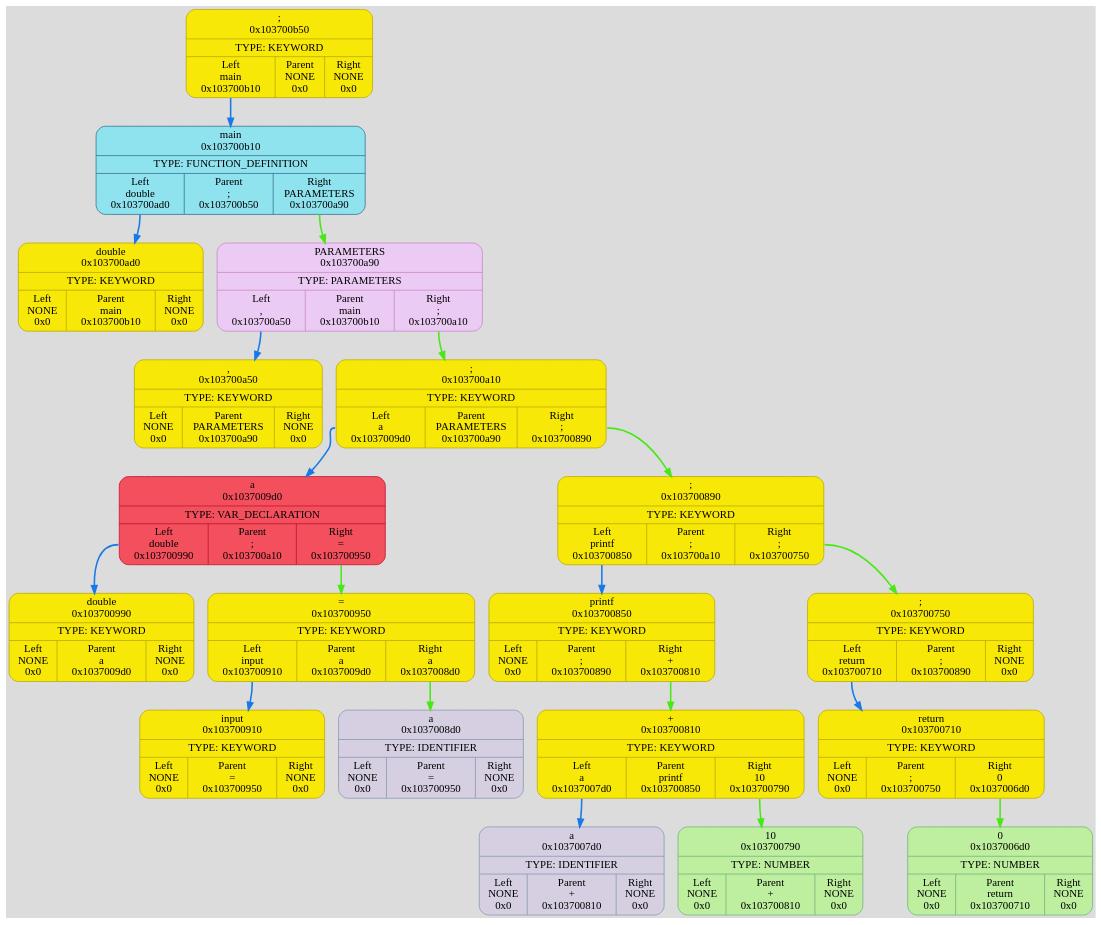
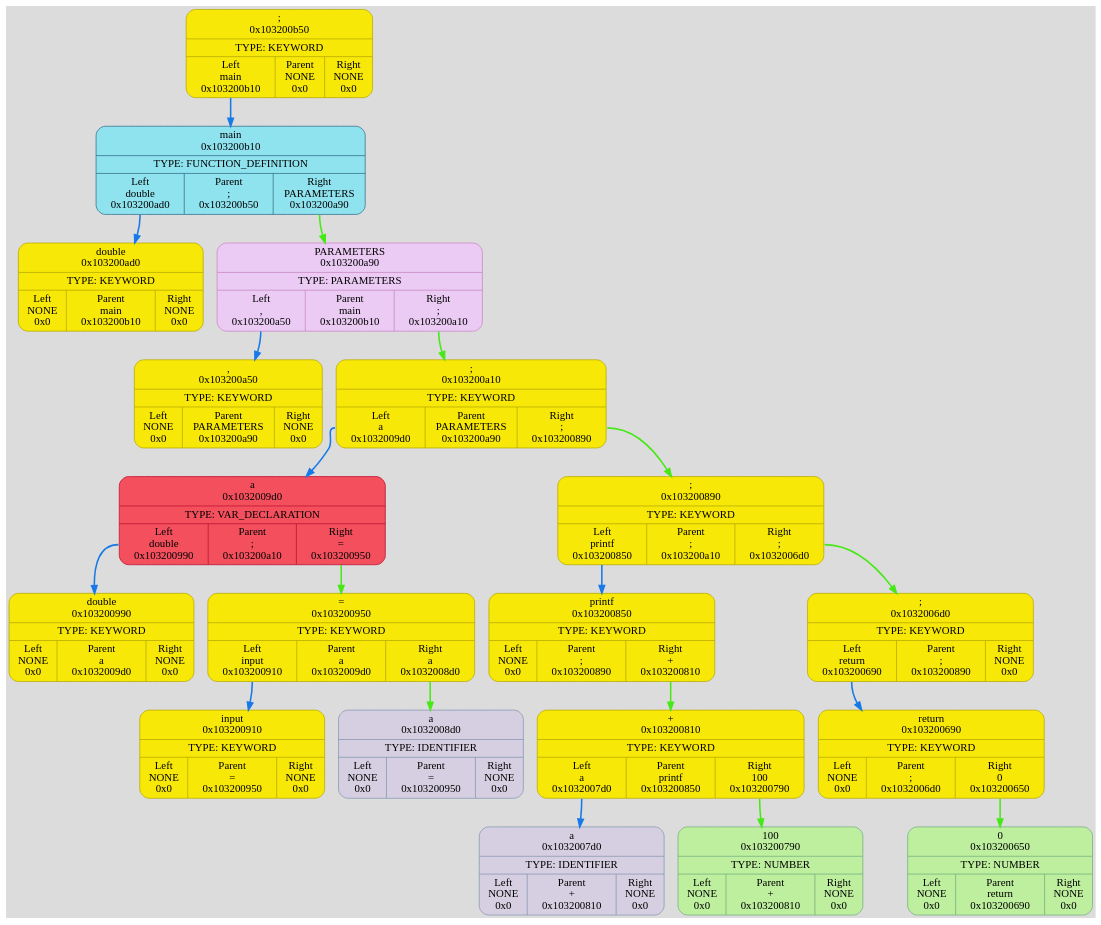
The diagram in Middleware/dump/graph.dot (TolikRogov/Language), drawn with Graphviz before and after one commit. The commit also changed 16 other files, not shown here.

```diff
--- a/Middleware/dump/graph.dot
+++ b/Middleware/dump/graph.dot
@@ -1,42 +1,42 @@
 digraph {
 	fontname = "UbuntuMono";
 	bgcolor = "#DCDCDC";
 
-	node0x103700b50 [ shape = Mrecord; style = filled; fillcolor = "#F8E807"; color = "#B6AA05"; fontcolor = "#000000"; label = " { ;\n0x103700b50 | TYPE: KEYWORD| { <left> Left\nmain\n0x103700b10 | Parent\nNONE\n0x0 | <right> Right\nNONE\n0x0 } } "; ];
-	node0x103700b50:<left> -> node0x103700b10 [ style = "bold"; color = "#187AE8"; label = ""; ];
-	node0x103700b10 [ shape = Mrecord; style = filled; fillcolor = "#8EE3EF"; color = "#37718E"; fontcolor = "#000000"; label = " { main\n0x103700b10 | TYPE: FUNCTION_DEFINITION| { <left> Left\ndouble\n0x103700ad0 | Parent\n;\n0x103700b50 | <right> Right\nPARAMETERS\n0x103700a90 } } "; ];
-	node0x103700b10:<left> -> node0x103700ad0 [ style = "bold"; color = "#187AE8"; label = ""; ];
-	node0x103700ad0 [ shape = Mrecord; style = filled; fillcolor = "#F8E807"; color = "#B6AA05"; fontcolor = "#000000"; label = " { double\n0x103700ad0 | TYPE: KEYWORD| { <left> Left\nNONE\n0x0 | Parent\nmain\n0x103700b10 | <right> Right\nNONE\n0x0 } } "; ];
-	node0x103700a90 [ shape = Mrecord; style = filled; fillcolor = "#EBCBF4"; color = "#C986C3"; fontcolor = "#000000"; label = " { PARAMETERS\n0x103700a90 | TYPE: PARAMETERS| { <left> Left\n,\n0x103700a50 | Parent\nmain\n0x103700b10 | <right> Right\n;\n0x103700a10 } } "; ];
-	node0x103700a90:<left> -> node0x103700a50 [ style = "bold"; color = "#187AE8"; label = ""; ];
-	node0x103700a50 [ shape = Mrecord; style = filled; fillcolor = "#F8E807"; color = "#B6AA05"; fontcolor = "#000000"; label = " { ,\n0x103700a50 | TYPE: KEYWORD| { <left> Left\nNONE\n0x0 | Parent\nPARAMETERS\n0x103700a90 | <right> Right\nNONE\n0x0 } } "; ];
-	node0x103700a10 [ shape = Mrecord; style = filled; fillcolor = "#F8E807"; color = "#B6AA05"; fontcolor = "#000000"; label = " { ;\n0x103700a10 | TYPE: KEYWORD| { <left> Left\na\n0x1037009d0 | Parent\nPARAMETERS\n0x103700a90 | <right> Right\n;\n0x103700890 } } "; ];
-	node0x103700a10:<left> -> node0x1037009d0 [ style = "bold"; color = "#187AE8"; label = ""; ];
-	node0x1037009d0 [ shape = Mrecord; style = filled; fillcolor = "#F34F5D"; color = "#BD132F"; fontcolor = "#000000"; label = " { a\n0x1037009d0 | TYPE: VAR_DECLARATION| { <left> Left\ndouble\n0x103700990 | Parent\n;\n0x103700a10 | <right> Right\n=\n0x103700950 } } "; ];
-	node0x1037009d0:<left> -> node0x103700990 [ style = "bold"; color = "#187AE8"; label = ""; ];
-	node0x103700990 [ shape = Mrecord; style = filled; fillcolor = "#F8E807"; color = "#B6AA05"; fontcolor = "#000000"; label = " { double\n0x103700990 | TYPE: KEYWORD| { <left> Left\nNONE\n0x0 | Parent\na\n0x1037009d0 | <right> Right\nNONE\n0x0 } } "; ];
-	node0x103700950 [ shape = Mrecord; style = filled; fillcolor = "#F8E807"; color = "#B6AA05"; fontcolor = "#000000"; label = " { =\n0x103700950 | TYPE: KEYWORD| { <left> Left\ninput\n0x103700910 | Parent\na\n0x1037009d0 | <right> Right\na\n0x1037008d0 } } "; ];
-	node0x103700950:<left> -> node0x103700910 [ style = "bold"; color = "#187AE8"; label = ""; ];
-	node0x103700910 [ shape = Mrecord; style = filled; fillcolor = "#F8E807"; color = "#B6AA05"; fontcolor = "#000000"; label = " { input\n0x103700910 | TYPE: KEYWORD| { <left> Left\nNONE\n0x0 | Parent\n=\n0x103700950 | <right> Right\nNONE\n0x0 } } "; ];
-	node0x1037008d0 [ shape = Mrecord; style = filled; fillcolor = "#D5CFE1"; color = "#8797b2"; fontcolor = "#000000"; label = " { a\n0x1037008d0 | TYPE: IDENTIFIER| { <left> Left\nNONE\n0x0 | Parent\n=\n0x103700950 | <right> Right\nNONE\n0x0 } } "; ];
-	node0x103700950:<right> -> node0x1037008d0 [ style = "bold"; color = "#48E818"; label = ""; ];
-	node0x1037009d0:<right> -> node0x103700950 [ style = "bold"; color = "#48E818"; label = ""; ];
-	node0x103700890 [ shape = Mrecord; style = filled; fillcolor = "#F8E807"; color = "#B6AA05"; fontcolor = "#000000"; label = " { ;\n0x103700890 | TYPE: KEYWORD| { <left> Left\nprintf\n0x103700850 | Parent\n;\n0x103700a10 | <right> Right\n;\n0x103700750 } } "; ];
-	node0x103700890:<left> -> node0x103700850 [ style = "bold"; color = "#187AE8"; label = ""; ];
-	node0x103700850 [ shape = Mrecord; style = filled; fillcolor = "#F8E807"; color = "#B6AA05"; fontcolor = "#000000"; label = " { printf\n0x103700850 | TYPE: KEYWORD| { <left> Left\nNONE\n0x0 | Parent\n;\n0x103700890 | <right> Right\n+\n0x103700810 } } "; ];
-	node0x103700810 [ shape = Mrecord; style = filled; fillcolor = "#F8E807"; color = "#B6AA05"; fontcolor = "#000000"; label = " { +\n0x103700810 | TYPE: KEYWORD| { <left> Left\na\n0x1037007d0 | Parent\nprintf\n0x103700850 | <right> Right\n10\n0x103700790 } } "; ];
-	node0x103700810:<left> -> node0x1037007d0 [ style = "bold"; color = "#187AE8"; label = ""; ];
-	node0x1037007d0 [ shape = Mrecord; style = filled; fillcolor = "#D5CFE1"; color = "#8797b2"; fontcolor = "#000000"; label = " { a\n0x1037007d0 | TYPE: IDENTIFIER| { <left> Left\nNONE\n0x0 | Parent\n+\n0x103700810 | <right> Right\nNONE\n0x0 } } "; ];
-	node0x103700790 [ shape = Mrecord; style = filled; fillcolor = "#BDEF9E"; color = "#74AF80"; fontcolor = "#000000"; label = " { 10\n0x103700790 | TYPE: NUMBER| { <left> Left\nNONE\n0x0 | Parent\n+\n0x103700810 | <right> Right\nNONE\n0x0 } } "; ];
-	node0x103700810:<right> -> node0x103700790 [ style = "bold"; color = "#48E818"; label = ""; ];
-	node0x103700850:<right> -> node0x103700810 [ style = "bold"; color = "#48E818"; label = ""; ];
-	node0x103700750 [ shape = Mrecord; style = filled; fillcolor = "#F8E807"; color = "#B6AA05"; fontcolor = "#000000"; label = " { ;\n0x103700750 | TYPE: KEYWORD| { <left> Left\nreturn\n0x103700710 | Parent\n;\n0x103700890 | <right> Right\nNONE\n0x0 } } "; ];
-	node0x103700750:<left> -> node0x103700710 [ style = "bold"; color = "#187AE8"; label = ""; ];
-	node0x103700710 [ shape = Mrecord; style = filled; fillcolor = "#F8E807"; color = "#B6AA05"; fontcolor = "#000000"; label = " { return\n0x103700710 | TYPE: KEYWORD| { <left> Left\nNONE\n0x0 | Parent\n;\n0x103700750 | <right> Right\n0\n0x1037006d0 } } "; ];
-	node0x1037006d0 [ shape = Mrecord; style = filled; fillcolor = "#BDEF9E"; color = "#74AF80"; fontcolor = "#000000"; label = " { 0\n0x1037006d0 | TYPE: NUMBER| { <left> Left\nNONE\n0x0 | Parent\nreturn\n0x103700710 | <right> Right\nNONE\n0x0 } } "; ];
-	node0x103700710:<right> -> node0x1037006d0 [ style = "bold"; color = "#48E818"; label = ""; ];
-	node0x103700890:<right> -> node0x103700750 [ style = "bold"; color = "#48E818"; label = ""; ];
-	node0x103700a10:<right> -> node0x103700890 [ style = "bold"; color = "#48E818"; label = ""; ];
-	node0x103700a90:<right> -> node0x103700a10 [ style = "bold"; color = "#48E818"; label = ""; ];
-	node0x103700b10:<right> -> node0x103700a90 [ style = "bold"; color = "#48E818"; label = ""; ];
+	node0x103200b50 [ shape = Mrecord; style = filled; fillcolor = "#F8E807"; color = "#B6AA05"; fontcolor = "#000000"; label = " { ;\n0x103200b50 | TYPE: KEYWORD| { <left> Left\nmain\n0x103200b10 | Parent\nNONE\n0x0 | <right> Right\nNONE\n0x0 } } "; ];
+	node0x103200b50:<left> -> node0x103200b10 [ style = "bold"; color = "#187AE8"; label = ""; ];
+	node0x103200b10 [ shape = Mrecord; style = filled; fillcolor = "#8EE3EF"; color = "#37718E"; fontcolor = "#000000"; label = " { main\n0x103200b10 | TYPE: FUNCTION_DEFINITION| { <left> Left\ndouble\n0x103200ad0 | Parent\n;\n0x103200b50 | <right> Right\nPARAMETERS\n0x103200a90 } } "; ];
+	node0x103200b10:<left> -> node0x103200ad0 [ style = "bold"; color = "#187AE8"; label = ""; ];
+	node0x103200ad0 [ shape = Mrecord; style = filled; fillcolor = "#F8E807"; color = "#B6AA05"; fontcolor = "#000000"; label = " { double\n0x103200ad0 | TYPE: KEYWORD| { <left> Left\nNONE\n0x0 | Parent\nmain\n0x103200b10 | <right> Right\nNONE\n0x0 } } "; ];
+	node0x103200a90 [ shape = Mrecord; style = filled; fillcolor = "#EBCBF4"; color = "#C986C3"; fontcolor = "#000000"; label = " { PARAMETERS\n0x103200a90 | TYPE: PARAMETERS| { <left> Left\n,\n0x103200a50 | Parent\nmain\n0x103200b10 | <right> Right\n;\n0x103200a10 } } "; ];
+	node0x103200a90:<left> -> node0x103200a50 [ style = "bold"; color = "#187AE8"; label = ""; ];
+	node0x103200a50 [ shape = Mrecord; style = filled; fillcolor = "#F8E807"; color = "#B6AA05"; fontcolor = "#000000"; label = " { ,\n0x103200a50 | TYPE: KEYWORD| { <left> Left\nNONE\n0x0 | Parent\nPARAMETERS\n0x103200a90 | <right> Right\nNONE\n0x0 } } "; ];
+	node0x103200a10 [ shape = Mrecord; style = filled; fillcolor = "#F8E807"; color = "#B6AA05"; fontcolor = "#000000"; label = " { ;\n0x103200a10 | TYPE: KEYWORD| { <left> Left\na\n0x1032009d0 | Parent\nPARAMETERS\n0x103200a90 | <right> Right\n;\n0x103200890 } } "; ];
+	node0x103200a10:<left> -> node0x1032009d0 [ style = "bold"; color = "#187AE8"; label = ""; ];
+	node0x1032009d0 [ shape = Mrecord; style = filled; fillcolor = "#F34F5D"; color = "#BD132F"; fontcolor = "#000000"; label = " { a\n0x1032009d0 | TYPE: VAR_DECLARATION| { <left> Left\ndouble\n0x103200990 | Parent\n;\n0x103200a10 | <right> Right\n=\n0x103200950 } } "; ];
+	node0x1032009d0:<left> -> node0x103200990 [ style = "bold"; color = "#187AE8"; label = ""; ];
+	node0x103200990 [ shape = Mrecord; style = filled; fillcolor = "#F8E807"; color = "#B6AA05"; fontcolor = "#000000"; label = " { double\n0x103200990 | TYPE: KEYWORD| { <left> Left\nNONE\n0x0 | Parent\na\n0x1032009d0 | <right> Right\nNONE\n0x0 } } "; ];
+	node0x103200950 [ shape = Mrecord; style = filled; fillcolor = "#F8E807"; color = "#B6AA05"; fontcolor = "#000000"; label = " { =\n0x103200950 | TYPE: KEYWORD| { <left> Left\ninput\n0x103200910 | Parent\na\n0x1032009d0 | <right> Right\na\n0x1032008d0 } } "; ];
+	node0x103200950:<left> -> node0x103200910 [ style = "bold"; color = "#187AE8"; label = ""; ];
+	node0x103200910 [ shape = Mrecord; style = filled; fillcolor = "#F8E807"; color = "#B6AA05"; fontcolor = "#000000"; label = " { input\n0x103200910 | TYPE: KEYWORD| { <left> Left\nNONE\n0x0 | Parent\n=\n0x103200950 | <right> Right\nNONE\n0x0 } } "; ];
+	node0x1032008d0 [ shape = Mrecord; style = filled; fillcolor = "#D5CFE1"; color = "#8797b2"; fontcolor = "#000000"; label = " { a\n0x1032008d0 | TYPE: IDENTIFIER| { <left> Left\nNONE\n0x0 | Parent\n=\n0x103200950 | <right> Right\nNONE\n0x0 } } "; ];
+	node0x103200950:<right> -> node0x1032008d0 [ style = "bold"; color = "#48E818"; label = ""; ];
+	node0x1032009d0:<right> -> node0x103200950 [ style = "bold"; color = "#48E818"; label = ""; ];
+	node0x103200890 [ shape = Mrecord; style = filled; fillcolor = "#F8E807"; color = "#B6AA05"; fontcolor = "#000000"; label = " { ;\n0x103200890 | TYPE: KEYWORD| { <left> Left\nprintf\n0x103200850 | Parent\n;\n0x103200a10 | <right> Right\n;\n0x1032006d0 } } "; ];
+	node0x103200890:<left> -> node0x103200850 [ style = "bold"; color = "#187AE8"; label = ""; ];
+	node0x103200850 [ shape = Mrecord; style = filled; fillcolor = "#F8E807"; color = "#B6AA05"; fontcolor = "#000000"; label = " { printf\n0x103200850 | TYPE: KEYWORD| { <left> Left\nNONE\n0x0 | Parent\n;\n0x103200890 | <right> Right\n+\n0x103200810 } } "; ];
+	node0x103200810 [ shape = Mrecord; style = filled; fillcolor = "#F8E807"; color = "#B6AA05"; fontcolor = "#000000"; label = " { +\n0x103200810 | TYPE: KEYWORD| { <left> Left\na\n0x1032007d0 | Parent\nprintf\n0x103200850 | <right> Right\n100\n0x103200790 } } "; ];
+	node0x103200810:<left> -> node0x1032007d0 [ style = "bold"; color = "#187AE8"; label = ""; ];
+	node0x1032007d0 [ shape = Mrecord; style = filled; fillcolor = "#D5CFE1"; color = "#8797b2"; fontcolor = "#000000"; label = " { a\n0x1032007d0 | TYPE: IDENTIFIER| { <left> Left\nNONE\n0x0 | Parent\n+\n0x103200810 | <right> Right\nNONE\n0x0 } } "; ];
+	node0x103200790 [ shape = Mrecord; style = filled; fillcolor = "#BDEF9E"; color = "#74AF80"; fontcolor = "#000000"; label = " { 100\n0x103200790 | TYPE: NUMBER| { <left> Left\nNONE\n0x0 | Parent\n+\n0x103200810 | <right> Right\nNONE\n0x0 } } "; ];
+	node0x103200810:<right> -> node0x103200790 [ style = "bold"; color = "#48E818"; label = ""; ];
+	node0x103200850:<right> -> node0x103200810 [ style = "bold"; color = "#48E818"; label = ""; ];
+	node0x1032006d0 [ shape = Mrecord; style = filled; fillcolor = "#F8E807"; color = "#B6AA05"; fontcolor = "#000000"; label = " { ;\n0x1032006d0 | TYPE: KEYWORD| { <left> Left\nreturn\n0x103200690 | Parent\n;\n0x103200890 | <right> Right\nNONE\n0x0 } } "; ];
+	node0x1032006d0:<left> -> node0x103200690 [ style = "bold"; color = "#187AE8"; label = ""; ];
+	node0x103200690 [ shape = Mrecord; style = filled; fillcolor = "#F8E807"; color = "#B6AA05"; fontcolor = "#000000"; label = " { return\n0x103200690 | TYPE: KEYWORD| { <left> Left\nNONE\n0x0 | Parent\n;\n0x1032006d0 | <right> Right\n0\n0x103200650 } } "; ];
+	node0x103200650 [ shape = Mrecord; style = filled; fillcolor = "#BDEF9E"; color = "#74AF80"; fontcolor = "#000000"; label = " { 0\n0x103200650 | TYPE: NUMBER| { <left> Left\nNONE\n0x0 | Parent\nreturn\n0x103200690 | <right> Right\nNONE\n0x0 } } "; ];
+	node0x103200690:<right> -> node0x103200650 [ style = "bold"; color = "#48E818"; label = ""; ];
+	node0x103200890:<right> -> node0x1032006d0 [ style = "bold"; color = "#48E818"; label = ""; ];
+	node0x103200a10:<right> -> node0x103200890 [ style = "bold"; color = "#48E818"; label = ""; ];
+	node0x103200a90:<right> -> node0x103200a10 [ style = "bold"; color = "#48E818"; label = ""; ];
+	node0x103200b10:<right> -> node0x103200a90 [ style = "bold"; color = "#48E818"; label = ""; ];
 }
```
